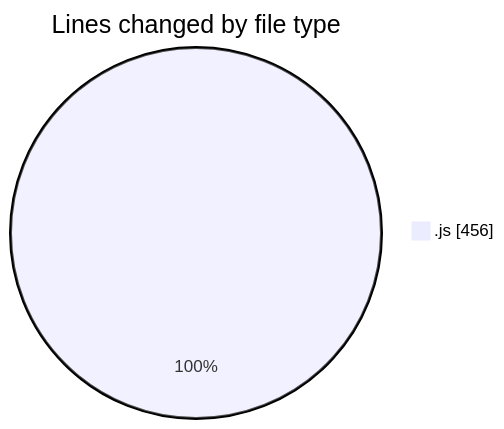
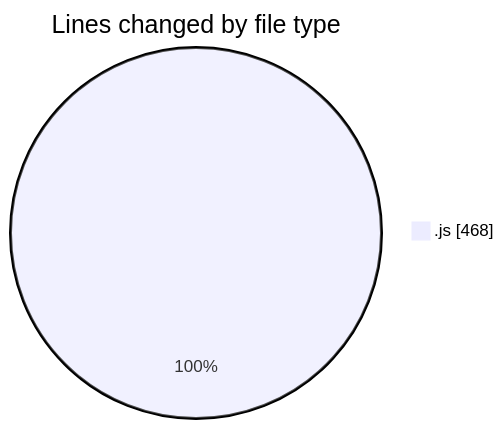
Before and after one commit to Ritupan-Deka/code-tracking: the first of 2 diagrams in 2025-07-31/javascript/README.md, drawn with Mermaid. The commit also changed other lines of this file and 1 other file, not shown here.

````diff
--- a/2025-07-31/javascript/README.md
+++ b/2025-07-31/javascript/README.md
@@ -21,5 +21,5 @@
 ```mermaid
 pie showData
 title Lines changed by file type
-".js" : 456
+".js" : 468
 ```
````
